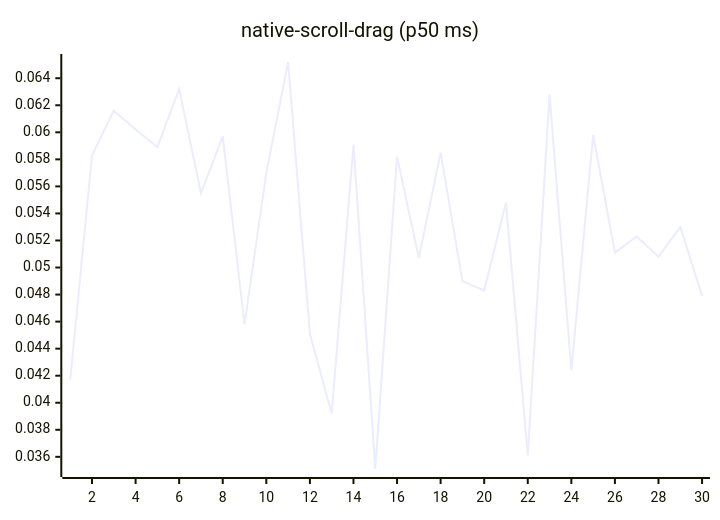
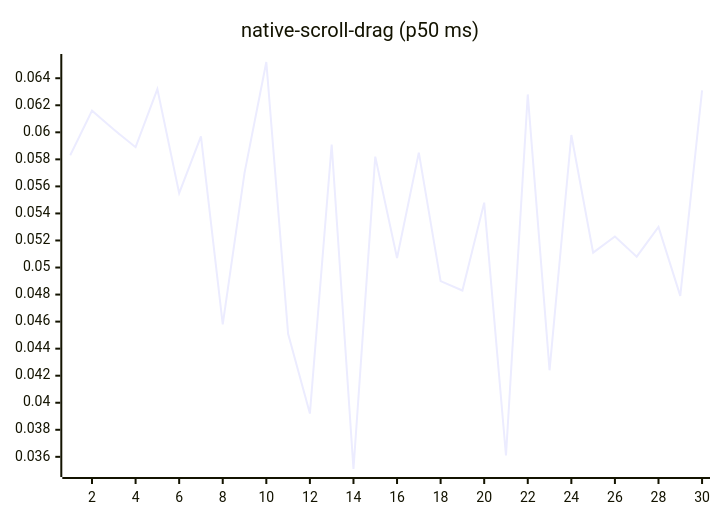
Before and after one commit to josha/Facet: diagram 14 of 27 in README.md, drawn with Mermaid. The commit also changed other lines of this file and 2 other files, not shown here.

````diff
--- a/README.md
+++ b/README.md
@@ -154,6 +154,6 @@
 ```mermaid
 xychart-beta
     title "native-scroll-drag (p50 ms)"
     x-axis 1 --> 30
-    line [0.0417, 0.0583, 0.0616, 0.0602, 0.0589, 0.0632, 0.0555, 0.0597, 0.0458, 0.0570, 0.0652, 0.0451, 0.0392, 0.0591, 0.0351, 0.0582, 0.0507, 0.0585, 0.0490, 0.0483, 0.0548, 0.0361, 0.0628, 0.0424, 0.0598, 0.0511, 0.0523, 0.0508, 0.0530, 0.0479]
+    line [0.0583, 0.0616, 0.0602, 0.0589, 0.0632, 0.0555, 0.0597, 0.0458, 0.0570, 0.0652, 0.0451, 0.0392, 0.0591, 0.0351, 0.0582, 0.0507, 0.0585, 0.0490, 0.0483, 0.0548, 0.0361, 0.0628, 0.0424, 0.0598, 0.0511, 0.0523, 0.0508, 0.0530, 0.0479, 0.0631]
 ```
````
